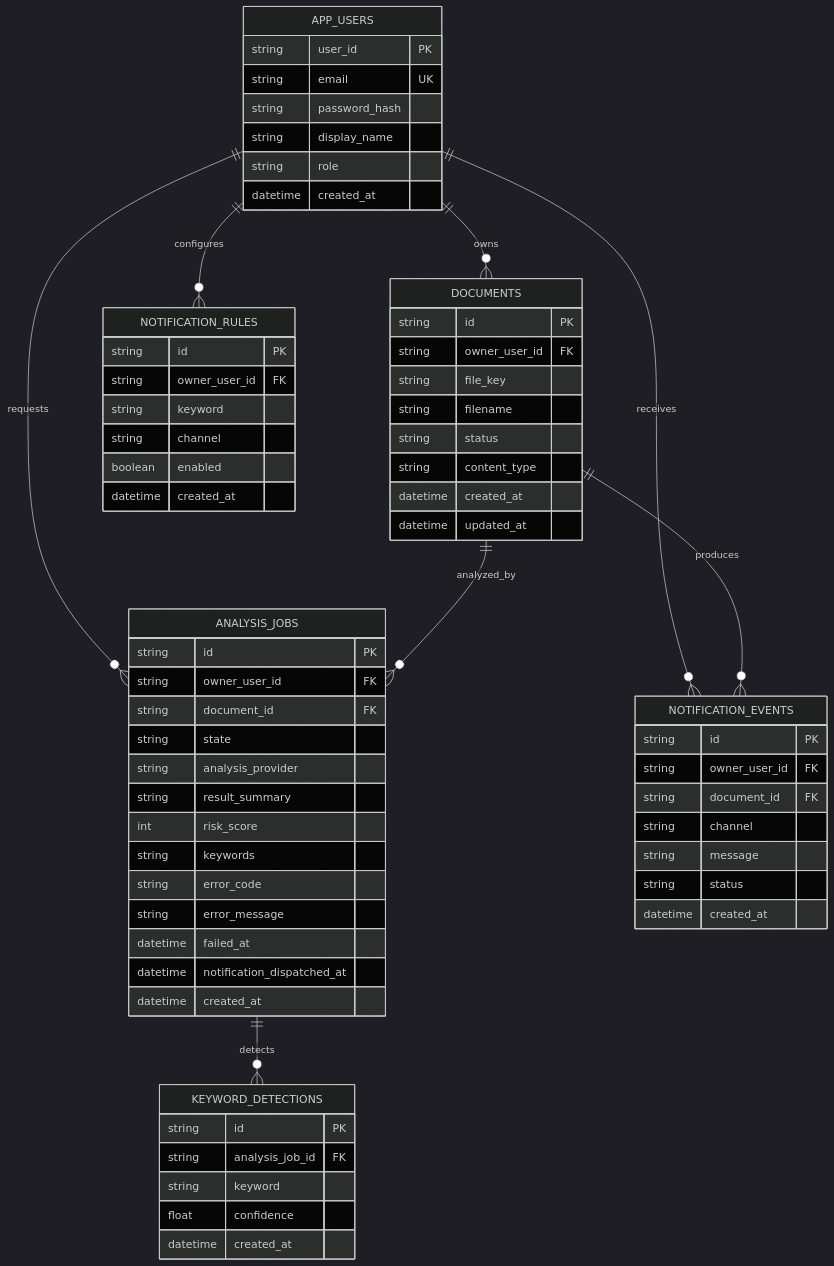
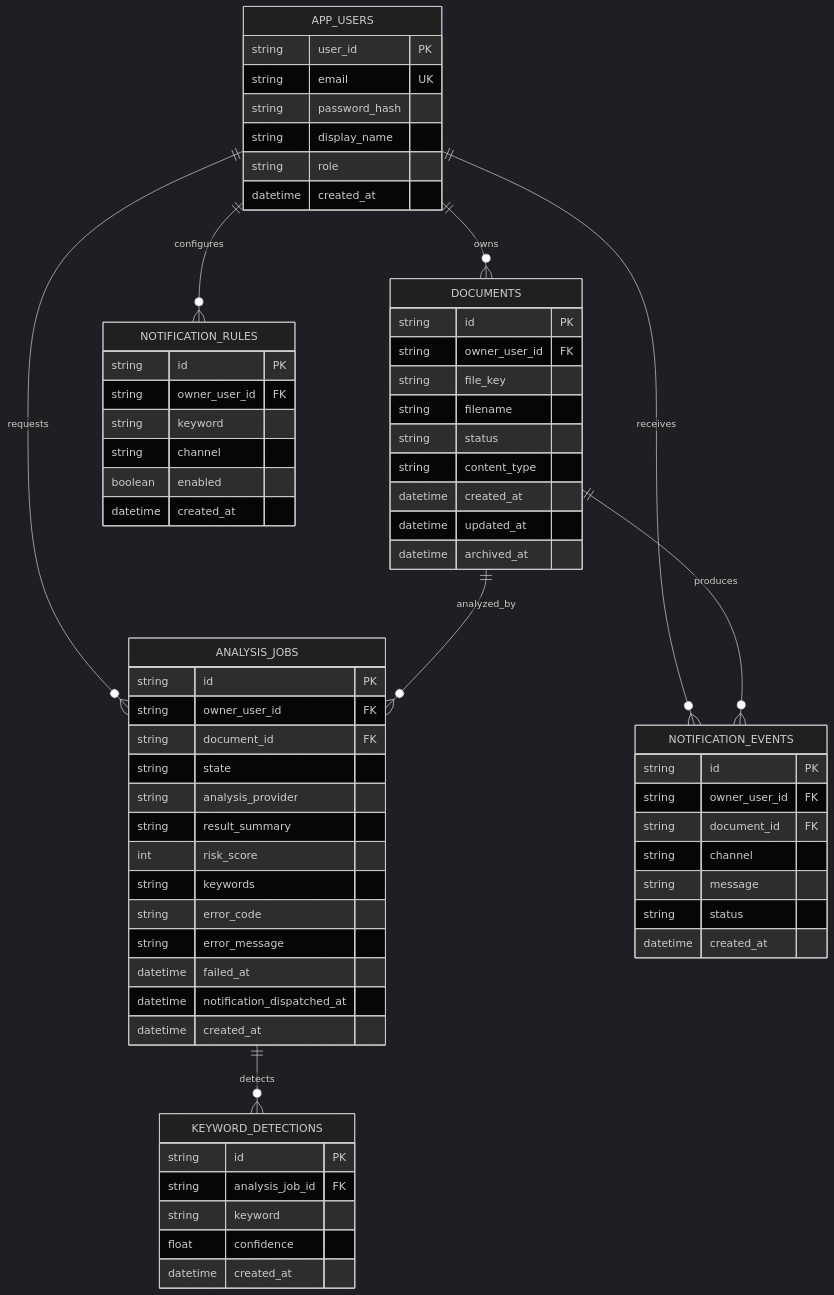
The third of 3 diagrams in README.md (kookm131/SmartDoc_AI), drawn with Mermaid (dark theme) before and after one commit. The commit also changed other lines of this file, not shown here.

````diff
--- a/README.md
+++ b/README.md
@@ -334,73 +334,74 @@
 ```mermaid
 erDiagram
     APP_USERS ||--o{ DOCUMENTS : owns
     APP_USERS ||--o{ ANALYSIS_JOBS : requests
     APP_USERS ||--o{ NOTIFICATION_RULES : configures
     APP_USERS ||--o{ NOTIFICATION_EVENTS : receives
     DOCUMENTS ||--o{ ANALYSIS_JOBS : analyzed_by
     DOCUMENTS ||--o{ NOTIFICATION_EVENTS : produces
     ANALYSIS_JOBS ||--o{ KEYWORD_DETECTIONS : detects
 
     APP_USERS {
         string user_id PK
         string email UK
         string password_hash
         string display_name
         string role
         datetime created_at
     }
 
     DOCUMENTS {
         string id PK
         string owner_user_id FK
         string file_key
         string filename
         string status
         string content_type
         datetime created_at
         datetime updated_at
+        datetime archived_at
     }
 
     ANALYSIS_JOBS {
         string id PK
         string owner_user_id FK
         string document_id FK
         string state
         string analysis_provider
         string result_summary
         int risk_score
         string keywords
         string error_code
         string error_message
         datetime failed_at
         datetime notification_dispatched_at
         datetime created_at
     }
 
     KEYWORD_DETECTIONS {
         string id PK
         string analysis_job_id FK
         string keyword
         float confidence
         datetime created_at
     }
 
     NOTIFICATION_RULES {
         string id PK
         string owner_user_id FK
         string keyword
         string channel
         boolean enabled
         datetime created_at
     }
 
     NOTIFICATION_EVENTS {
         string id PK
         string owner_user_id FK
         string document_id FK
         string channel
         string message
         string status
         datetime created_at
     }
 ```
````
